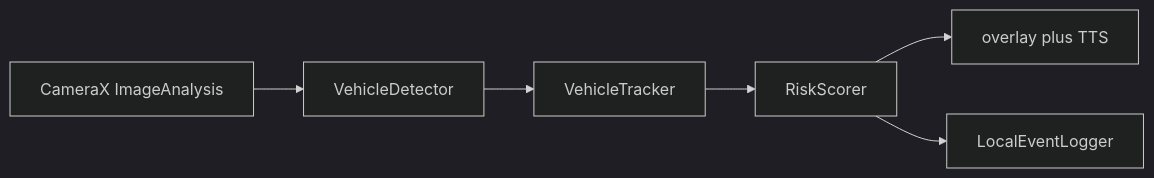
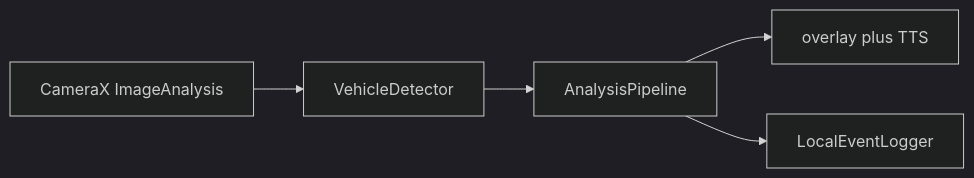
The diagram in README.md (taiyuz/smart-glasses-safety), drawn with Mermaid (dark theme) before and after one commit. The commit also changed other lines of this file and 1 other file, not shown here.

````diff
--- a/README.md
+++ b/README.md
@@ -32,8 +34,7 @@
 ```mermaid
 flowchart LR
   cam[CameraX ImageAnalysis] --> det[VehicleDetector]
-  det --> tr[VehicleTracker]
-  tr --> risk[RiskScorer]
-  risk --> ui[overlay plus TTS]
-  risk --> log[LocalEventLogger]
+  det --> pipe[AnalysisPipeline]
+  pipe --> ui[overlay plus TTS]
+  pipe --> log[LocalEventLogger]
 ```
````
